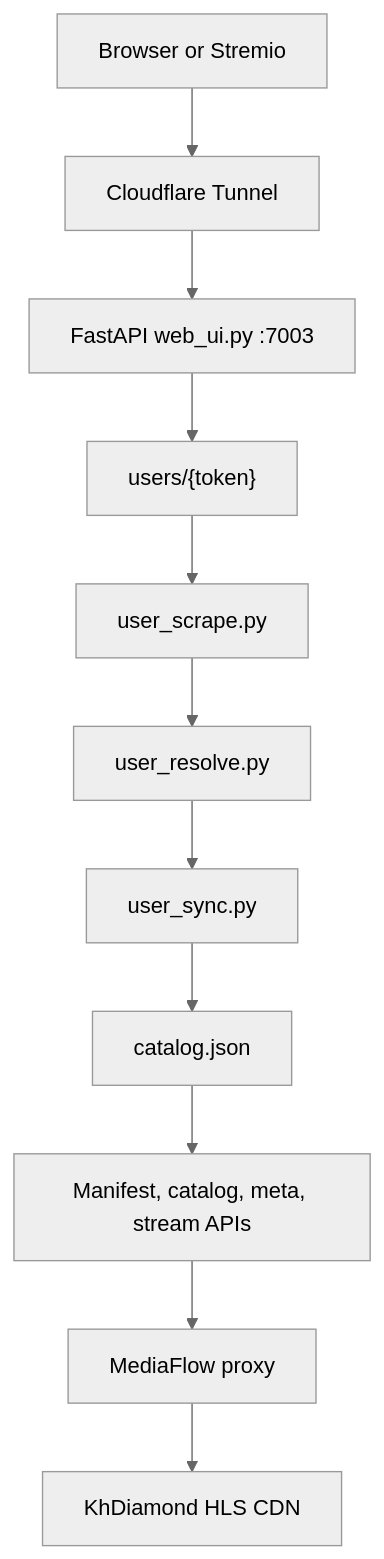
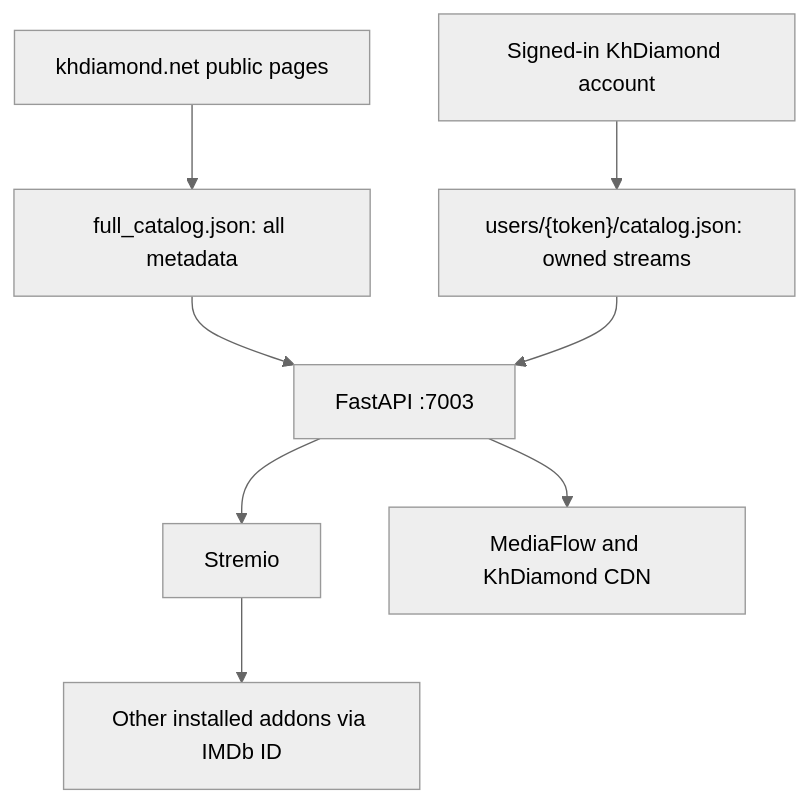
Before and after one commit to iamsherman1234/khdiamond-stremio-addon: the first of 3 diagrams in README.md, drawn with Mermaid (neutral theme). The commit also changed other lines of this file and 7 other files, not shown here.

Commit message:
Serve full catalog with account-scoped streams

````diff
--- a/README.md
+++ b/README.md
@@ -27,13 +35,10 @@
 ```mermaid
 flowchart TD
-    Client["Browser or Stremio"] --> Tunnel["Cloudflare Tunnel"]
-    Tunnel --> UI["FastAPI web_ui.py :7003"]
-    UI --> UserDir["users/{token}"]
-    UserDir --> Scrape["user_scrape.py"]
-    Scrape --> Resolve["user_resolve.py"]
-    Resolve --> Sync["user_sync.py"]
-    Sync --> Catalog["catalog.json"]
-    Catalog --> API["Manifest, catalog, meta, stream APIs"]
-    API --> Proxy["MediaFlow proxy"]
-    Proxy --> CDN["KhDiamond HLS CDN"]
+    Site["khdiamond.net public pages"] --> Full["full_catalog.json: all metadata"]
+    Account["Signed-in KhDiamond account"] --> Personal["users/{token}/catalog.json: owned streams"]
+    Full --> UI["FastAPI :7003"]
+    Personal --> UI
+    UI --> Stremio["Stremio"]
+    Stremio --> Others["Other installed addons via IMDb ID"]
+    UI --> MediaFlow["MediaFlow and KhDiamond CDN"]
 ```
````
